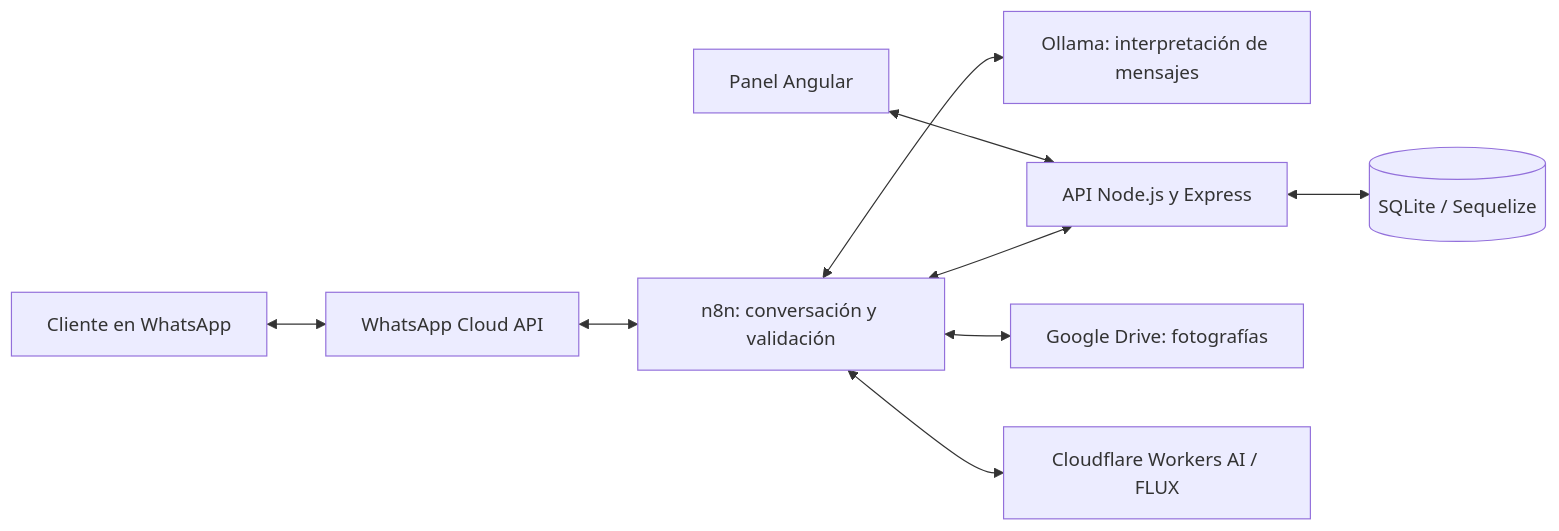
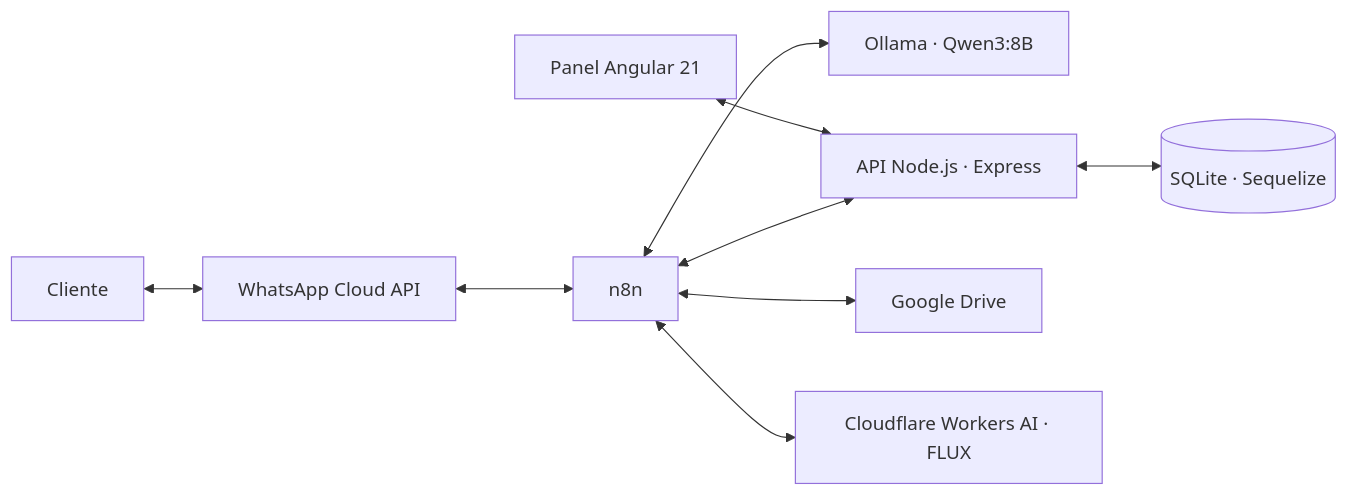
The diagram in README.md (JoseBurguillos/Asistente-empresa-de-reformas), drawn with Mermaid before and after one commit. The commit also changed other lines of this file and 6 other files, not shown here.

````diff
--- a/README.md
+++ b/README.md
@@ -22,11 +79,11 @@
 ```mermaid
 flowchart LR
-    C[Cliente en WhatsApp] <--> W[WhatsApp Cloud API]
-    W <--> N[n8n: conversación y validación]
-    N <--> O[Ollama: interpretación de mensajes]
-    N <--> B[API Node.js y Express]
-    B <--> D[(SQLite / Sequelize)]
-    A[Panel Angular] <--> B
-    N <--> G[Google Drive: fotografías]
-    N <--> F[Cloudflare Workers AI / FLUX]
+    C[Cliente] <--> W[WhatsApp Cloud API]
+    W <--> N[n8n]
+    N <--> O[Ollama · Qwen3:8B]
+    N <--> B[API Node.js · Express]
+    B <--> D[(SQLite · Sequelize)]
+    A[Panel Angular 21] <--> B
+    N <--> G[Google Drive]
+    N <--> F[Cloudflare Workers AI · FLUX]
 ```
````
